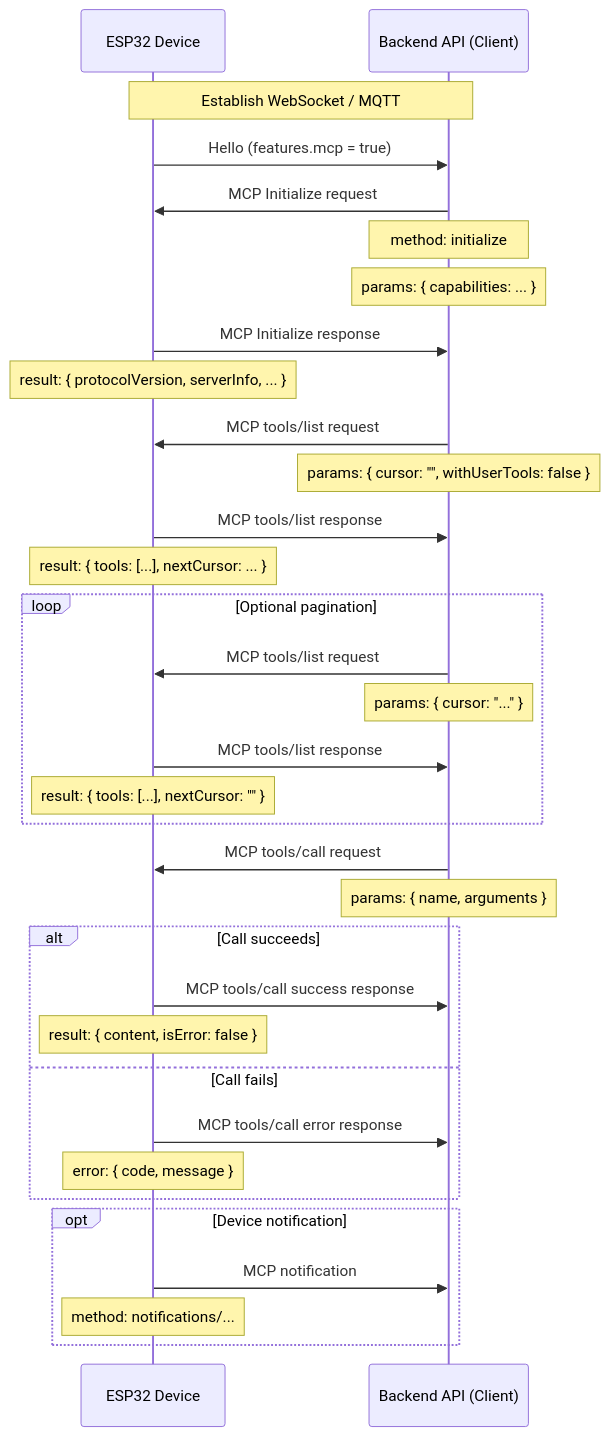
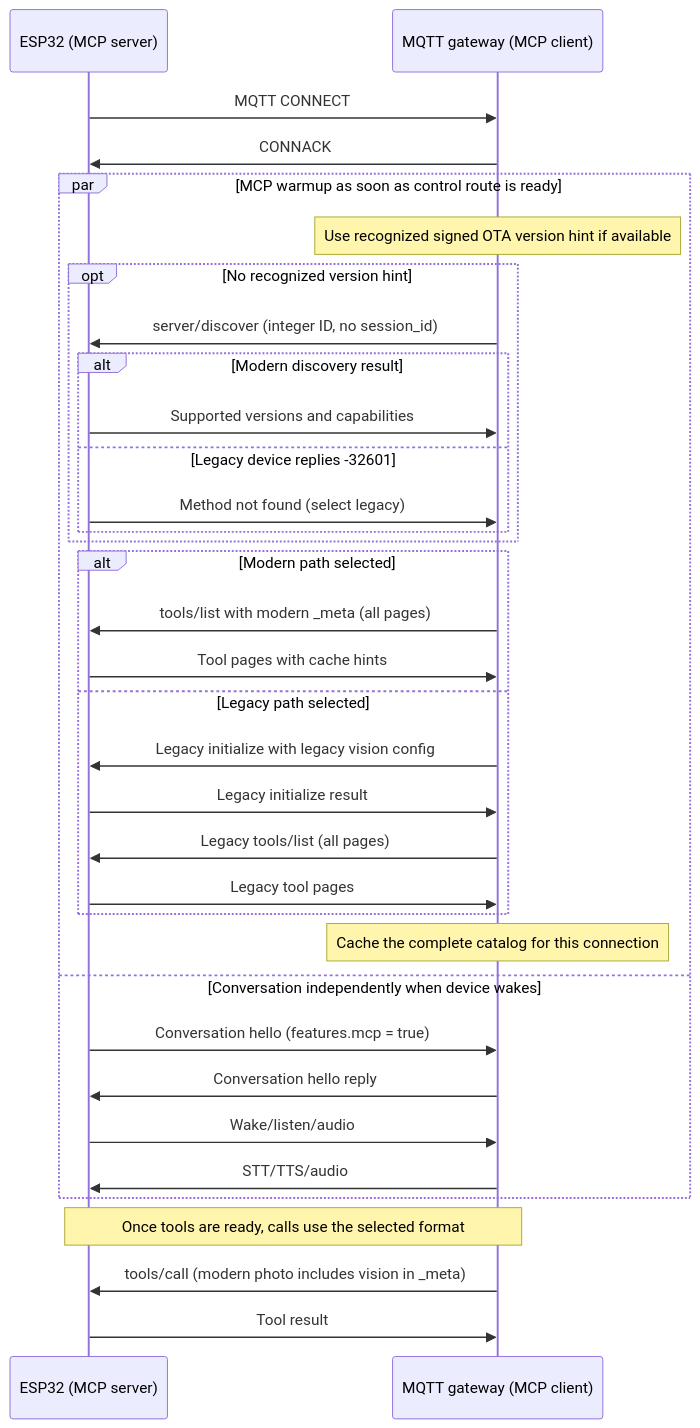
The diagram in docs/mcp-protocol.md (78/xiaozhi-esp32), drawn with Mermaid before and after one commit. The commit also changed other lines of this file and 21 other files, not shown here.

Commit message:
Support modern MCP requests alongside legacy device tools

````diff
--- a/docs/mcp-protocol.md
+++ b/docs/mcp-protocol.md
@@ -224,45 +876,36 @@
 ```mermaid
 sequenceDiagram
-    participant Device as ESP32 Device
-    participant BackendAPI as Backend API (Client)
-
-    Note over Device, BackendAPI: Establish WebSocket / MQTT
-
-    Device->>BackendAPI: Hello (features.mcp = true)
-
-    BackendAPI->>Device: MCP Initialize request
-    Note over BackendAPI: method: initialize
-    Note over BackendAPI: params: { capabilities: ... }
-
-    Device->>BackendAPI: MCP Initialize response
-    Note over Device: result: { protocolVersion, serverInfo, ... }
-
-    BackendAPI->>Device: MCP tools/list request
-    Note over BackendAPI: params: { cursor: "", withUserTools: false }
-
-    Device->>BackendAPI: MCP tools/list response
-    Note over Device: result: { tools: [...], nextCursor: ... }
-
-    loop Optional pagination
-        BackendAPI->>Device: MCP tools/list request
-        Note over BackendAPI: params: { cursor: "..." }
-        Device->>BackendAPI: MCP tools/list response
-        Note over Device: result: { tools: [...], nextCursor: "" }
+    participant D as ESP32 (MCP server)
+    participant G as MQTT gateway (MCP client)
+    D->>G: MQTT CONNECT
+    G->>D: CONNACK
+    par MCP warmup as soon as control route is ready
+        Note over G: Use recognized signed OTA version hint if available
+        opt No recognized version hint
+            G->>D: server/discover (integer ID, no session_id)
+            alt Modern discovery result
+                D->>G: Supported versions and capabilities
+            else Legacy device replies -32601
+                D->>G: Method not found (select legacy)
+            end
+        end
+        alt Modern path selected
+            G->>D: tools/list with modern _meta (all pages)
+            D->>G: Tool pages with cache hints
+        else Legacy path selected
+            G->>D: Legacy initialize with legacy vision config
+            D->>G: Legacy initialize result
+            G->>D: Legacy tools/list (all pages)
+            D->>G: Legacy tool pages
+        end
+        Note over G: Cache the complete catalog for this connection
+    and Conversation independently when device wakes
+        D->>G: Conversation hello (features.mcp = true)
+        G->>D: Conversation hello reply
+        D->>G: Wake/listen/audio
+        G->>D: STT/TTS/audio
     end
-
-    BackendAPI->>Device: MCP tools/call request
-    Note over BackendAPI: params: { name, arguments }
-
-    alt Call succeeds
-        Device->>BackendAPI: MCP tools/call success response
-        Note over Device: result: { content, isError: false }
-    else Call fails
-        Device->>BackendAPI: MCP tools/call error response
-        Note over Device: error: { code, message }
-    end
-
-    opt Device notification
-        Device->>BackendAPI: MCP notification
-        Note over Device: method: notifications/...
-    end
+    Note over D,G: Once tools are ready, calls use the selected format
+    G->>D: tools/call (modern photo includes vision in _meta)
+    D->>G: Tool result
 ```
````
